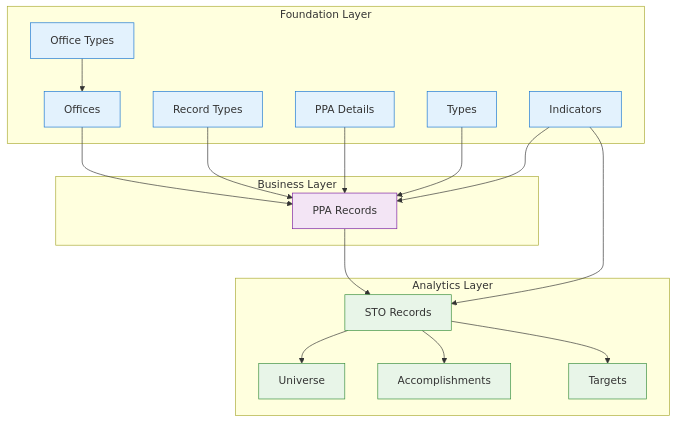
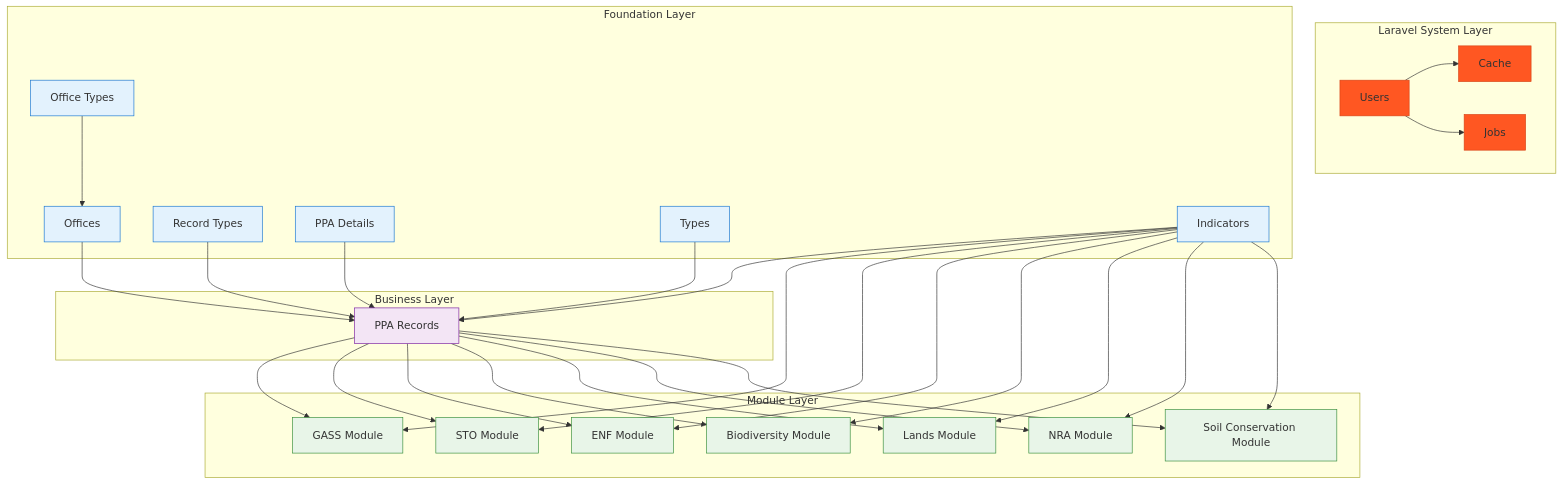
Before and after one commit to brandon3sican/univ_base: diagram 11 of 11 in db-schema-and-diagram.md, drawn with Mermaid. The commit also changed other lines of this file and 53 other files, not shown here.

Commit message:
db schema

````diff
--- a/db-schema-and-diagram.md
+++ b/db-schema-and-diagram.md
@@ -443,42 +598,64 @@
 ```mermaid
 graph TB
+    subgraph Laravel System Layer
+        U[Users]
+        C[Cache]
+        J[Jobs]
+    end
+    
     subgraph Foundation Layer
         OT[Office Types]
         O[Offices]
         RT[Record Types]
         PD[PPA Details]
         T[Types]
         I[Indicators]
     end
     
     subgraph Business Layer
         P[PPA Records]
     end
     
-    subgraph Analytics Layer
-        STO[STO Records]
-        SU[Universe]
-        SA[Accomplishments]
-        ST[Targets]
+    subgraph Module Layer
+        GASS[GASS Module]
+        STO[STO Module]
+        ENF[ENF Module]
+        BIO[Biodiversity Module]
+        LAND[Lands Module]
+        NRA[NRA Module]
+        SOIL[Soil Conservation Module]
     end
     
+    U --> C
+    U --> J
     OT --> O
     RT --> P
     PD --> P
     T --> P
     I --> P
     O --> P
+    P --> GASS
     P --> STO
+    P --> ENF
+    P --> BIO
+    P --> LAND
+    P --> NRA
+    P --> SOIL
+    I --> GASS
     I --> STO
-    STO --> SU
-    STO --> SA
-    STO --> ST
+    I --> ENF
+    I --> BIO
+    I --> LAND
+    I --> NRA
+    I --> SOIL
     
+    classDef laravel fill:#ff5722,stroke:#d84315
     classDef foundation fill:#e3f2fd,stroke:#1976d2
     classDef business fill:#f3e5f5,stroke:#7b1fa2
-    classDef analytics fill:#e8f5e8,stroke:#388e3c
+    classDef module fill:#e8f5e8,stroke:#388e3c
     
+    class U,C,J laravel
     class OT,O,RT,PD,T,I foundation
     class P business
-    class STO,SU,SA,ST analytics
+    class GASS,STO,ENF,BIO,LAND,NRA,SOIL module
 ```
````
